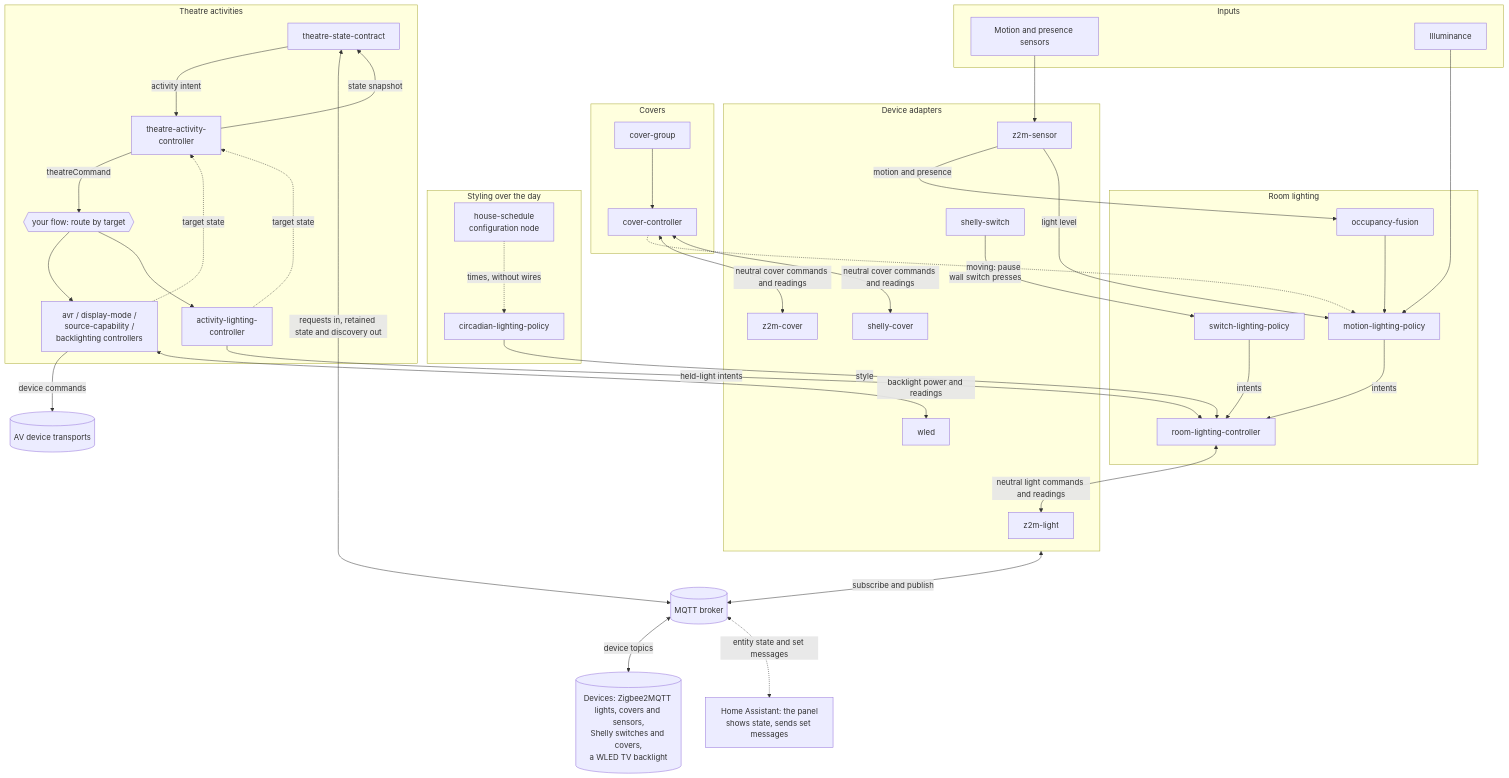
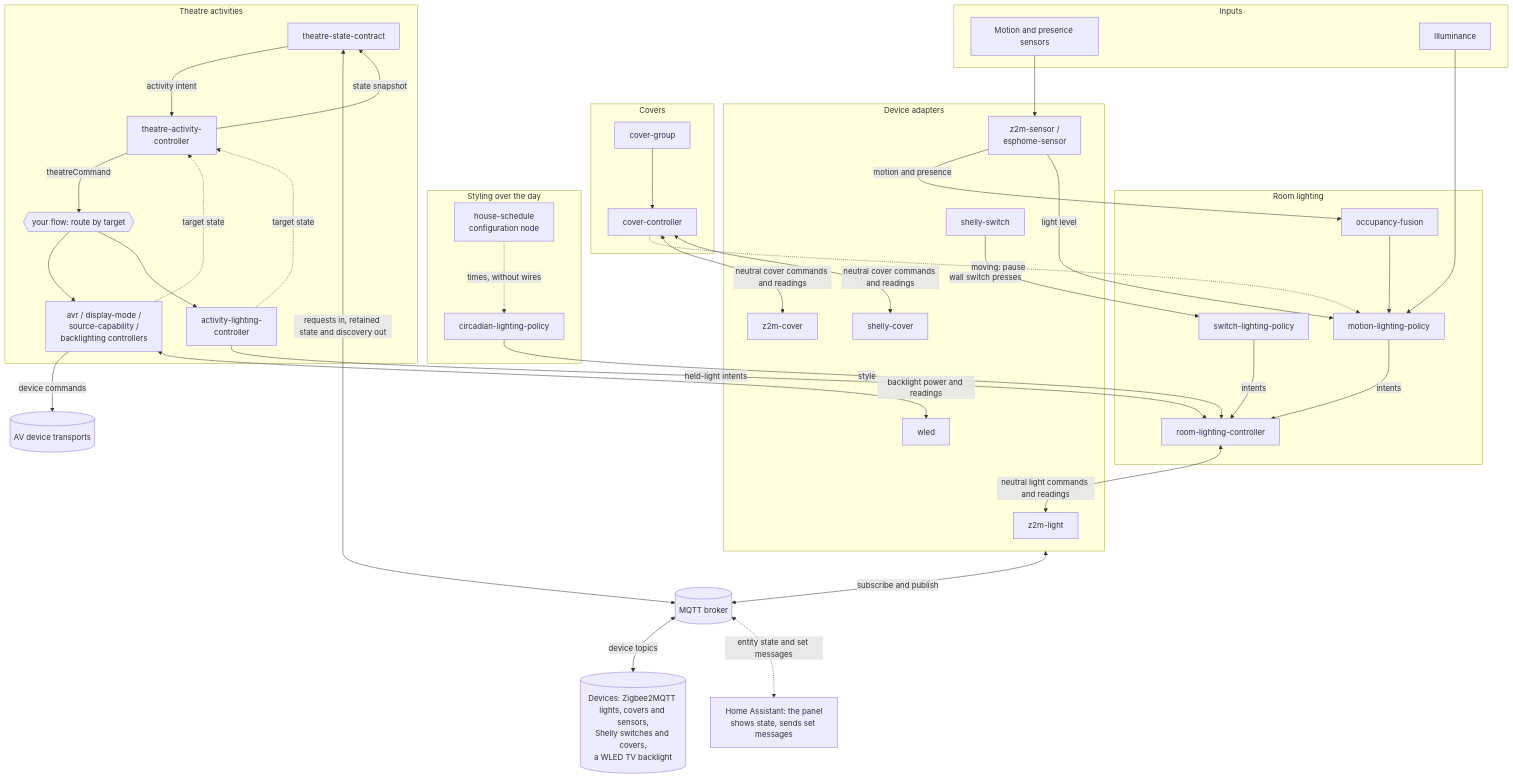
One commit to cptbucky/node-red-home-automation changed the diagram in docs/images/architecture.mmd. Above: the diagram before and after it, drawn with Mermaid. The commit also changed 58 other files, not shown here.

```diff
--- a/docs/images/architecture.mmd
+++ b/docs/images/architecture.mmd
@@ -1,71 +1,71 @@
 flowchart TB
   subgraph In[Inputs]
     SENS[Motion and presence sensors]
     LUX[Illuminance]
   end
   subgraph Style[Styling over the day]
     HS[house-schedule<br/>configuration node]
     CIRC[circadian-lighting-policy]
   end
   subgraph Room[Room lighting]
     OCC[occupancy-fusion]
     MOT[motion-lighting-policy]
     SW[switch-lighting-policy]
     ROOM[room-lighting-controller]
   end
   subgraph Cov[Covers]
     GRP[cover-group]
     COV[cover-controller]
   end
   subgraph Act[Theatre activities]
     CON[theatre-state-contract]
     ACT["theatre-activity-<br/>controller"]
     ROUTE{{your flow: route by target}}
     AL["activity-lighting-<br/>controller"]
     EQ[avr / display-mode /<br/>source-capability /<br/>backlighting controllers]
   end
   subgraph Adapt[Device adapters]
     ZL[z2m-light]
     SS[shelly-switch]
     ZC[z2m-cover]
     SC[shelly-cover]
     WL[wled]
-    ZS[z2m-sensor]
+    ZS[z2m-sensor /<br/>esphome-sensor]
   end
   BROKER[(MQTT broker)]
   HA[Home Assistant: the panel<br/>shows state, sends set messages]
   DEV[(Devices: Zigbee2MQTT lights, covers and sensors,<br/>Shelly switches and covers,<br/>a WLED TV backlight)]
   AV[(AV device transports)]
 
   SENS --> ZS
   ZS -- motion and presence --> OCC
   OCC --> MOT
   ZS -- light level --> MOT
   LUX --> MOT
   HS -. times, without wires .-> CIRC
   CIRC -- style --> ROOM
   MOT -- intents --> ROOM
   SW -- intents --> ROOM
   GRP --> COV
   COV -. moving: pause .-> MOT
 
   ROOM <-- neutral light commands and readings --> ZL
   COV <-- neutral cover commands and readings --> ZC
   COV <-- neutral cover commands and readings --> SC
   SS -- wall switch presses --> SW
 
   CON -- activity intent --> ACT
   ACT -- state snapshot --> CON
   ACT -- theatreCommand --> ROUTE
   ROUTE --> EQ
   ROUTE --> AL
   EQ -. target state .-> ACT
   AL -. target state .-> ACT
   AL -- held-light intents --> ROOM
   EQ -- device commands --> AV
   EQ <-- backlight power and readings --> WL
 
   Adapt <-- subscribe and publish --> BROKER
   CON <-- requests in, retained state and discovery out --> BROKER
   BROKER <-- device topics --> DEV
   BROKER <-. entity state and set messages .-> HA
```
